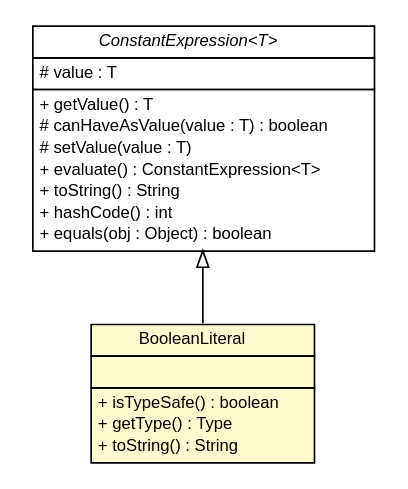
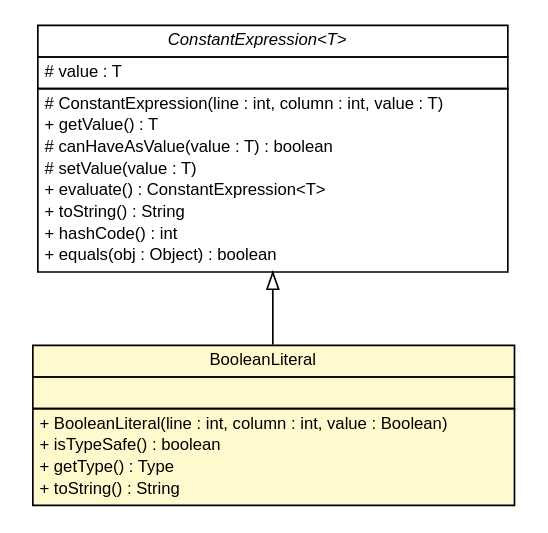
The diagram in doc/model/programs/parsing/language/expression/constant/literal/BooleanLiteral.dot (sinopeus/asteroids), drawn with Graphviz before and after one commit. The commit also changed 940 other files, not shown here.

```diff
--- a/doc/model/programs/parsing/language/expression/constant/literal/BooleanLiteral.dot
+++ b/doc/model/programs/parsing/language/expression/constant/literal/BooleanLiteral.dot
@@ -1,46 +1,48 @@
 #!/usr/local/bin/dot
 #
 # Class diagram 
 # Generated by UMLGraph version R5_6 (http://www.umlgraph.org/)
 #
 
 digraph G {
 	edge [fontname="Helvetica",fontsize=10,labelfontname="Helvetica",labelfontsize=10];
 	node [fontname="Helvetica",fontsize=10,shape=plaintext];
 	nodesep=0.25;
 	ranksep=0.5;
 	// model.programs.parsing.language.expression.constant.ConstantExpression<T>
-	c6215 [label=<<table title="model.programs.parsing.language.expression.constant.ConstantExpression" border="0" cellborder="1" cellspacing="0" cellpadding="2" port="p" href="../ConstantExpression.html">
+	c6247 [label=<<table title="model.programs.parsing.language.expression.constant.ConstantExpression" border="0" cellborder="1" cellspacing="0" cellpadding="2" port="p" href="../ConstantExpression.html">
 		<tr><td><table border="0" cellspacing="0" cellpadding="1">
 <tr><td align="center" balign="center"><font face="Helvetica-Oblique"> ConstantExpression&lt;T&gt; </font></td></tr>
 		</table></td></tr>
 		<tr><td><table border="0" cellspacing="0" cellpadding="1">
 <tr><td align="left" balign="left"> # value : T </td></tr>
 		</table></td></tr>
 		<tr><td><table border="0" cellspacing="0" cellpadding="1">
+<tr><td align="left" balign="left"> # ConstantExpression(line : int, column : int, value : T) </td></tr>
 <tr><td align="left" balign="left"> + getValue() : T </td></tr>
 <tr><td align="left" balign="left"> # canHaveAsValue(value : T) : boolean </td></tr>
 <tr><td align="left" balign="left"> # setValue(value : T) </td></tr>
 <tr><td align="left" balign="left"> + evaluate() : ConstantExpression&lt;T&gt; </td></tr>
 <tr><td align="left" balign="left"> + toString() : String </td></tr>
 <tr><td align="left" balign="left"> + hashCode() : int </td></tr>
 <tr><td align="left" balign="left"> + equals(obj : Object) : boolean </td></tr>
 		</table></td></tr>
 		</table>>, URL="../ConstantExpression.html", fontname="Helvetica", fontcolor="black", fontsize=10.0];
 	// model.programs.parsing.language.expression.constant.literal.BooleanLiteral
-	c6223 [label=<<table title="model.programs.parsing.language.expression.constant.literal.BooleanLiteral" border="0" cellborder="1" cellspacing="0" cellpadding="2" port="p" bgcolor="lemonChiffon" href="./BooleanLiteral.html">
+	c6255 [label=<<table title="model.programs.parsing.language.expression.constant.literal.BooleanLiteral" border="0" cellborder="1" cellspacing="0" cellpadding="2" port="p" bgcolor="lemonChiffon" href="./BooleanLiteral.html">
 		<tr><td><table border="0" cellspacing="0" cellpadding="1">
 <tr><td align="center" balign="center"> BooleanLiteral </td></tr>
 		</table></td></tr>
 		<tr><td><table border="0" cellspacing="0" cellpadding="1">
 <tr><td align="left" balign="left">  </td></tr>
 		</table></td></tr>
 		<tr><td><table border="0" cellspacing="0" cellpadding="1">
+<tr><td align="left" balign="left"> + BooleanLiteral(line : int, column : int, value : Boolean) </td></tr>
 <tr><td align="left" balign="left"> + isTypeSafe() : boolean </td></tr>
 <tr><td align="left" balign="left"> + getType() : Type </td></tr>
 <tr><td align="left" balign="left"> + toString() : String </td></tr>
 		</table></td></tr>
 		</table>>, URL="./BooleanLiteral.html", fontname="Helvetica", fontcolor="black", fontsize=10.0];
 	//model.programs.parsing.language.expression.constant.literal.BooleanLiteral extends model.programs.parsing.language.expression.constant.ConstantExpression<java.lang.Boolean>
-	c6215:p -> c6223:p [dir=back,arrowtail=empty];
+	c6247:p -> c6255:p [dir=back,arrowtail=empty];
 }
```
